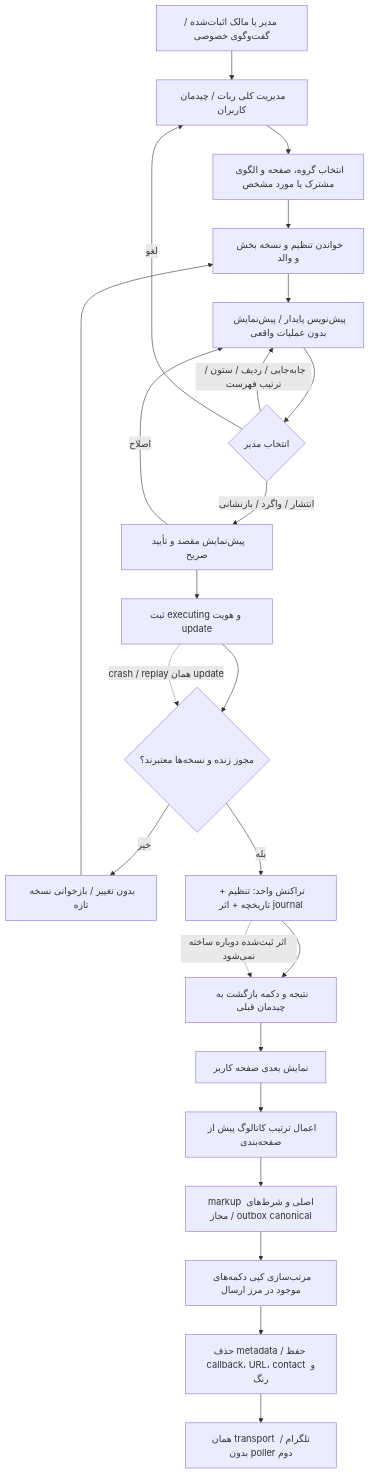
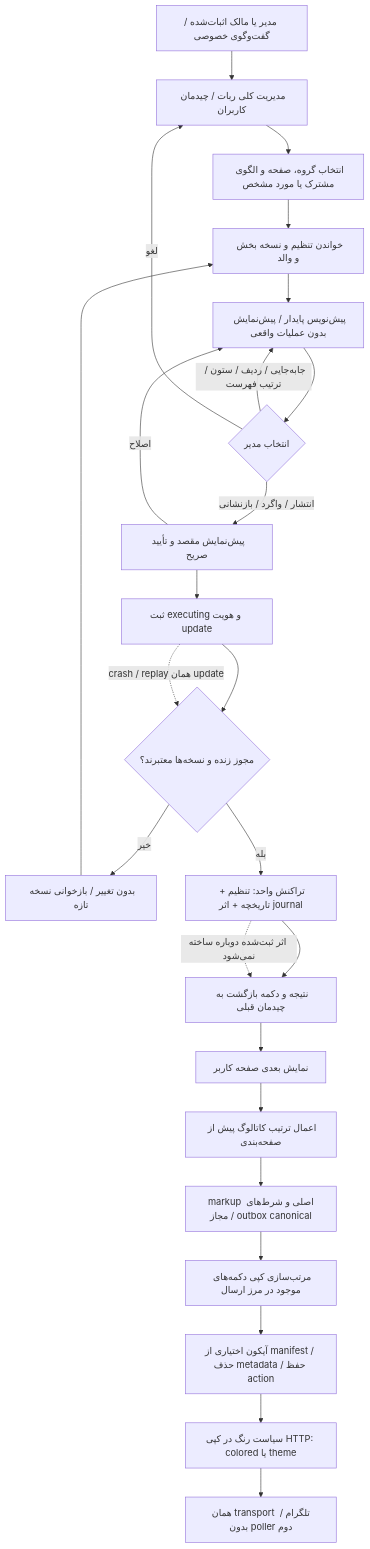
Before and after one commit to mohamadkheiry/aibotTelegram: the diagram in docs/diagrams/19-customer-layouts.mmd, drawn with Mermaid. The commit also changed 112 other files, not shown here.

```diff
--- a/docs/diagrams/19-customer-layouts.mmd
+++ b/docs/diagrams/19-customer-layouts.mmd
@@ -1,24 +1,25 @@
 flowchart TB
     A["مدیر یا مالک اثبات‌شده / گفت‌وگوی خصوصی"] --> B["مدیریت کلی ربات / چیدمان کاربران"]
     B --> C["انتخاب گروه، صفحه و الگوی مشترک یا مورد مشخص"]
     C --> D["خواندن تنظیم و نسخه بخش و والد"]
     D --> E["پیش‌نویس پایدار / پیش‌نمایش بدون عملیات واقعی"]
     E --> F{"انتخاب مدیر"}
     F -->|"جابه‌جایی / ردیف / ستون / ترتیب فهرست"| E
     F -->|"لغو"| B
     F -->|"انتشار / واگرد / بازنشانی"| G["پیش‌نمایش مقصد و تأیید صریح"]
     G -->|"اصلاح"| E
     G --> H["ثبت executing و هویت update"]
     H --> I{"مجوز زنده و نسخه‌ها معتبرند؟"}
     I -->|"خیر"| J["بدون تغییر / بازخوانی نسخه تازه"]
     J --> D
     I -->|"بله"| K["تراکنش واحد: تنظیم + تاریخچه + اثر journal"]
     K --> L["نتیجه و دکمه بازگشت به چیدمان قبلی"]
     H -. "crash / replay همان update" .-> I
     K -. "اثر ثبت‌شده دوباره ساخته نمی‌شود" .-> L
     L --> M["نمایش بعدی صفحه کاربر"]
     M --> N["اعمال ترتیب کاتالوگ پیش از صفحه‌بندی"]
     N --> O["markup اصلی و شرط‌های مجاز / outbox canonical"]
     O --> P["مرتب‌سازی کپی دکمه‌های موجود در مرز ارسال"]
-    P --> Q["حذف metadata / حفظ callback، URL، contact و رنگ"]
-    Q --> R["همان transport تلگرام / بدون poller دوم"]
+    P --> Q["آیکون اختیاری از manifest / حذف metadata / حفظ action"]
+    Q --> S["سیاست رنگ در کپی HTTP: colored یا theme"]
+    S --> R["همان transport تلگرام / بدون poller دوم"]
```
